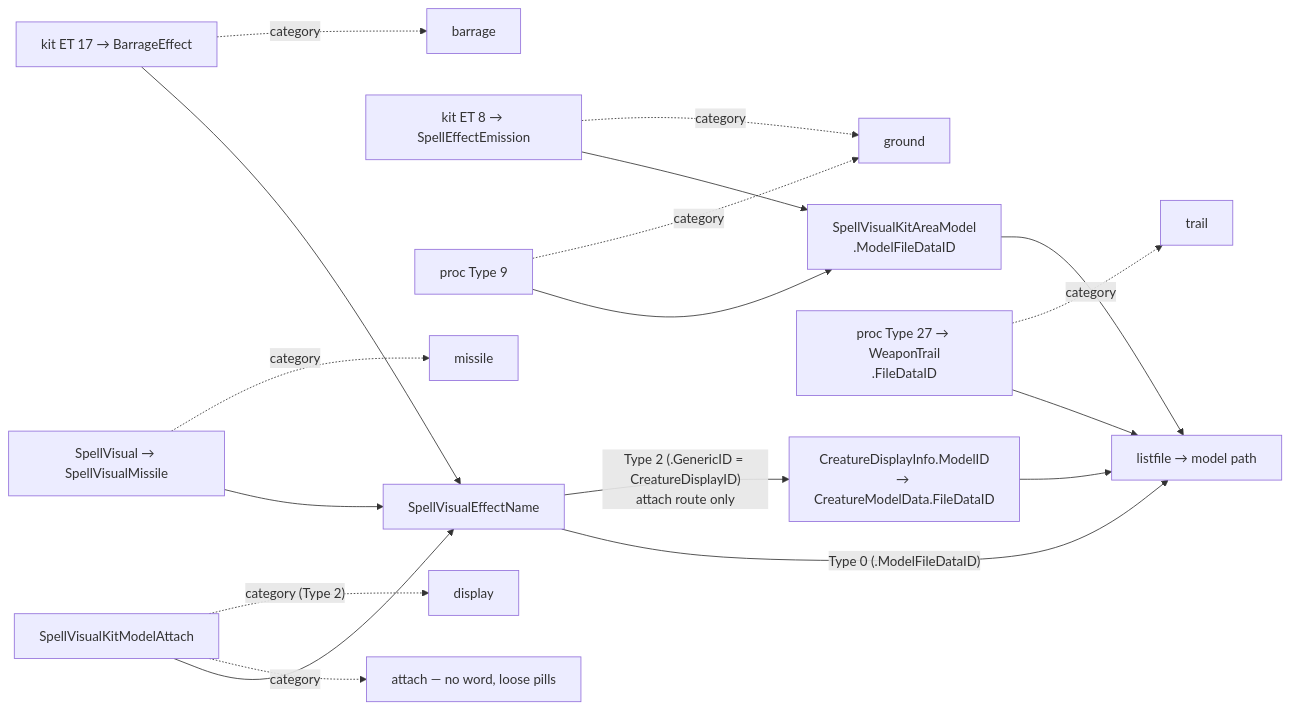
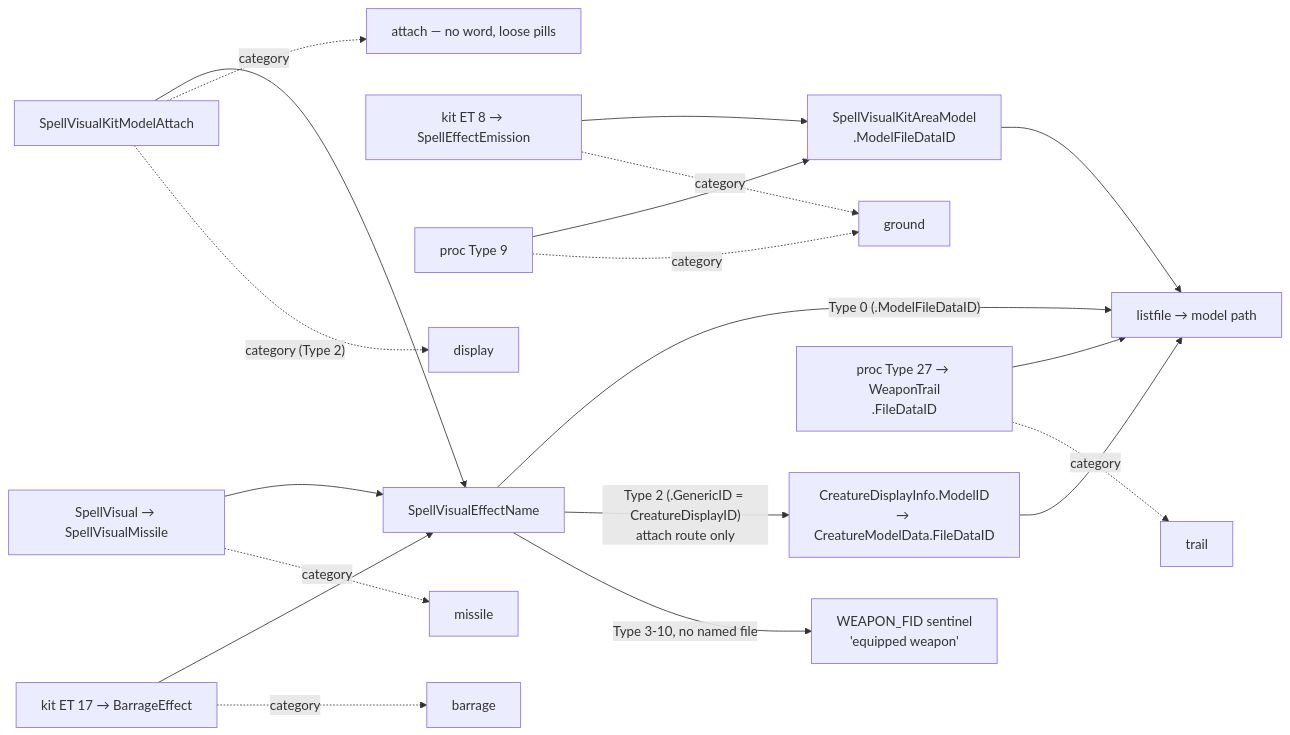
Before and after one commit to Natans8/Epsilook: the fifth of 14 diagrams in DATA_ROUTES.md, drawn with Mermaid. The commit also changed other lines of this file and 14 other files, not shown here.

````diff
--- a/DATA_ROUTES.md
+++ b/DATA_ROUTES.md
@@ -236,24 +236,25 @@
 ```mermaid
 flowchart LR
   A1["SpellVisualKitModelAttach"] --> EN["SpellVisualEffectName"]
   M1["SpellVisual → SpellVisualMissile"] --> EN
   E17["kit ET 17 → BarrageEffect"] --> EN
 
   EN -->|"Type 0 (.ModelFileDataID)"| LF["listfile → model path"]
   EN -->|"Type 2 (.GenericID = CreatureDisplayID)<br/>attach route only"| CDI["CreatureDisplayInfo.ModelID<br/>→ CreatureModelData.FileDataID"]
   CDI --> LF
+  EN -->|"Type 3-10, no named file"| WPN["WEAPON_FID sentinel<br/>'equipped weapon'"]
 
   E8["kit ET 8 → SpellEffectEmission"] --> AM["SpellVisualKitAreaModel<br/>.ModelFileDataID"]
   P9["proc Type 9"] --> AM
 
   P27["proc Type 27 → WeaponTrail<br/>.FileDataID"] --> LF
   AM --> LF
 
   A1 -.->|"category"| C0["attach — no word, loose pills"]
   A1 -.->|"category (Type 2)"| C5["display"]
   M1 -.->|"category"| C1["missile"]
   E17 -.->|"category"| C4["barrage"]
   E8 -.->|"category"| C2["ground"]
   P9 -.->|"category"| C2
   P27 -.->|"category"| C3["trail"]
 ```
````
